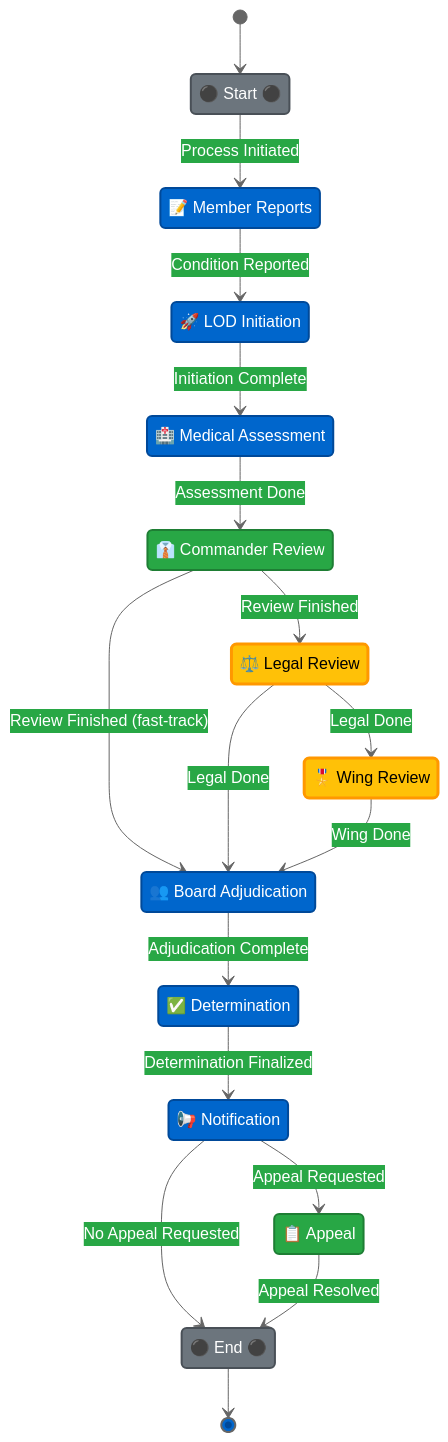
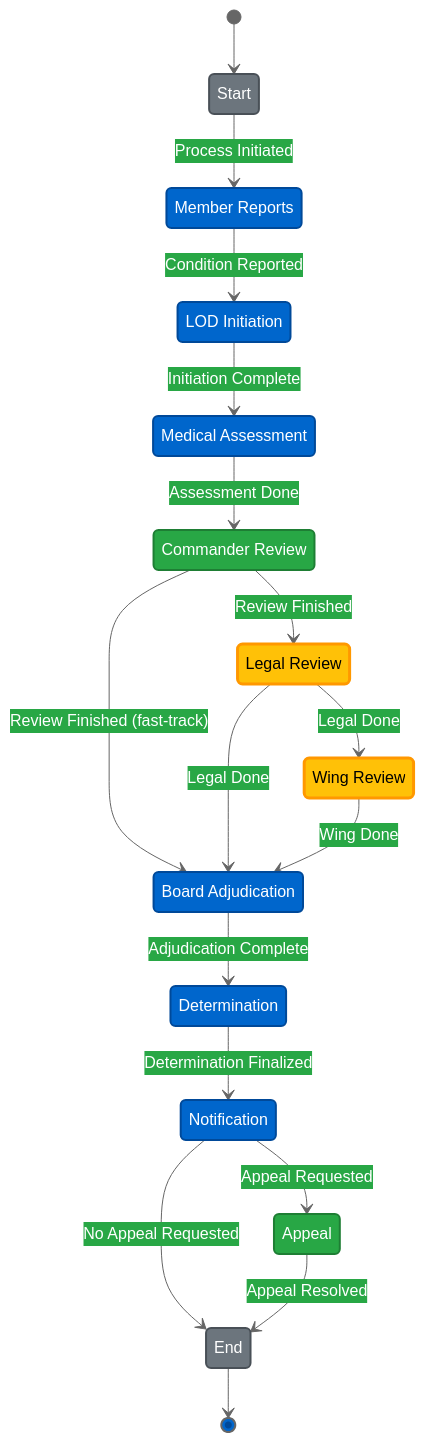
One commit to donellmccoy/StateMachineExperiments changed the diagram in README.md. Above: the diagram before and after it, drawn with Mermaid.

Commit message:
Remove icons and apply consistent padding to all labels

````diff
--- a/README.md
+++ b/README.md
@@ -25,52 +25,52 @@
 ```mermaid
 %%{init: {'theme':'base', 'themeVariables': { 'primaryColor':'#0066cc','primaryTextColor':'#fff','primaryBorderColor':'#004999','lineColor':'#666','secondaryColor':'#28a745','tertiaryColor':'#ffc107'}}}%%
 stateDiagram-v2
     direction TB
     
     [*] --> Start
     
-    Start --> MemberReports: Process Initiated
-    MemberReports --> LodInitiation: Condition Reported
-    LodInitiation --> MedicalAssessment: Initiation Complete
-    MedicalAssessment --> CommanderReview: Assessment Done
+    Start --> MemberReports:   Process Initiated   
+    MemberReports --> LodInitiation:   Condition Reported   
+    LodInitiation --> MedicalAssessment:   Initiation Complete   
+    MedicalAssessment --> CommanderReview:   Assessment Done   
     
-    CommanderReview --> OptionalLegal: Review Finished
-    CommanderReview --> BoardAdjudication: Review Finished (fast-track)
+    CommanderReview --> OptionalLegal:   Review Finished   
+    CommanderReview --> BoardAdjudication:   Review Finished (fast-track)   
     
-    OptionalLegal --> OptionalWing: Legal Done
-    OptionalLegal --> BoardAdjudication: Legal Done
+    OptionalLegal --> OptionalWing:   Legal Done   
+    OptionalLegal --> BoardAdjudication:   Legal Done   
     
-    OptionalWing --> BoardAdjudication: Wing Done
+    OptionalWing --> BoardAdjudication:   Wing Done   
     
-    BoardAdjudication --> Determination: Adjudication Complete
-    Determination --> Notification: Determination Finalized
+    BoardAdjudication --> Determination:   Adjudication Complete   
+    Determination --> Notification:   Determination Finalized   
     
-    Notification --> Appeal: Appeal Requested
-    Notification --> End: No Appeal Requested
+    Notification --> Appeal:   Appeal Requested   
+    Notification --> End:   No Appeal Requested   
     
-    Appeal --> End: Appeal Resolved
+    Appeal --> End:   Appeal Resolved   
     End --> [*]
     
-    state "⚫  Start  ⚫" as Start
-    state "📝  Member Reports" as MemberReports
-    state "🚀  LOD Initiation" as LodInitiation
-    state "🏥  Medical Assessment" as MedicalAssessment
-    state "👔  Commander Review" as CommanderReview
-    state "⚖️  Legal Review" as OptionalLegal
-    state "🎖️  Wing Review" as OptionalWing
-    state "👥  Board Adjudication" as BoardAdjudication
-    state "✅  Determination" as Determination
-    state "📢  Notification" as Notification
-    state "📋  Appeal" as Appeal
-    state "⚫  End  ⚫" as End
+    state "   Start   " as Start
+    state "   Member Reports   " as MemberReports
+    state "   LOD Initiation   " as LodInitiation
+    state "   Medical Assessment   " as MedicalAssessment
+    state "   Commander Review   " as CommanderReview
+    state "   Legal Review   " as OptionalLegal
+    state "   Wing Review   " as OptionalWing
+    state "   Board Adjudication   " as BoardAdjudication
+    state "   Determination   " as Determination
+    state "   Notification   " as Notification
+    state "   Appeal   " as Appeal
+    state "   End   " as End
     
     classDef optional fill:#ffc107,stroke:#ff9800,stroke-width:3px,color:#000
     classDef required fill:#0066cc,stroke:#004999,stroke-width:2px,color:#fff
     classDef decision fill:#28a745,stroke:#1e7e34,stroke-width:2px,color:#fff
     classDef terminal fill:#6c757d,stroke:#495057,stroke-width:2px,color:#fff
     
     class OptionalLegal,OptionalWing optional
     class MemberReports,LodInitiation,MedicalAssessment,BoardAdjudication,Determination,Notification required
     class CommanderReview,Appeal decision
     class Start,End terminal
 ```
````
